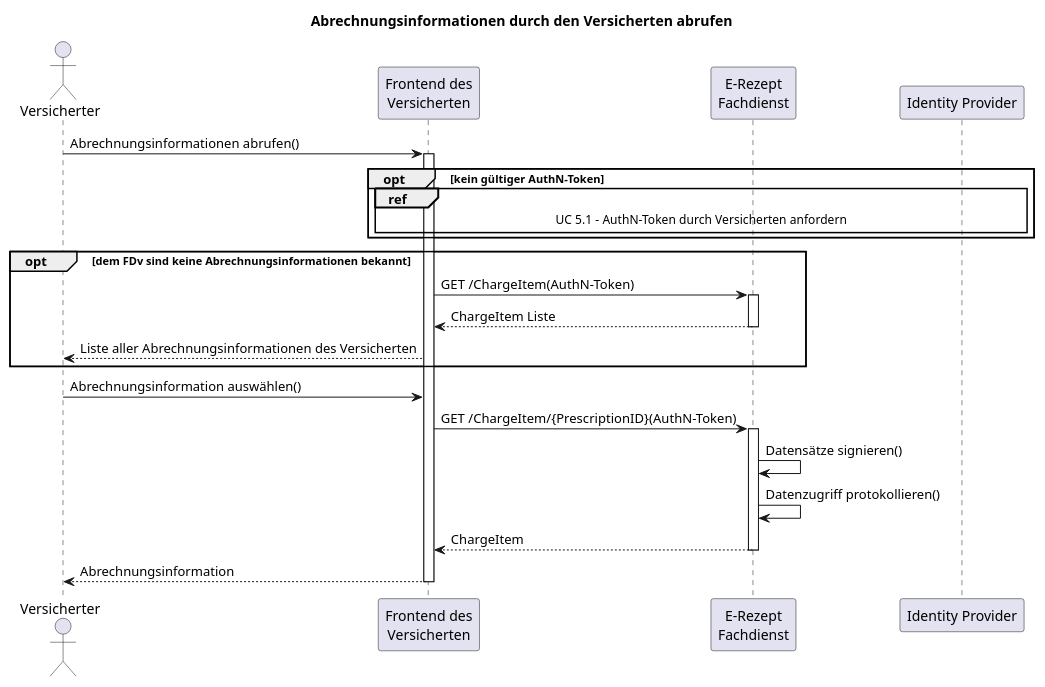
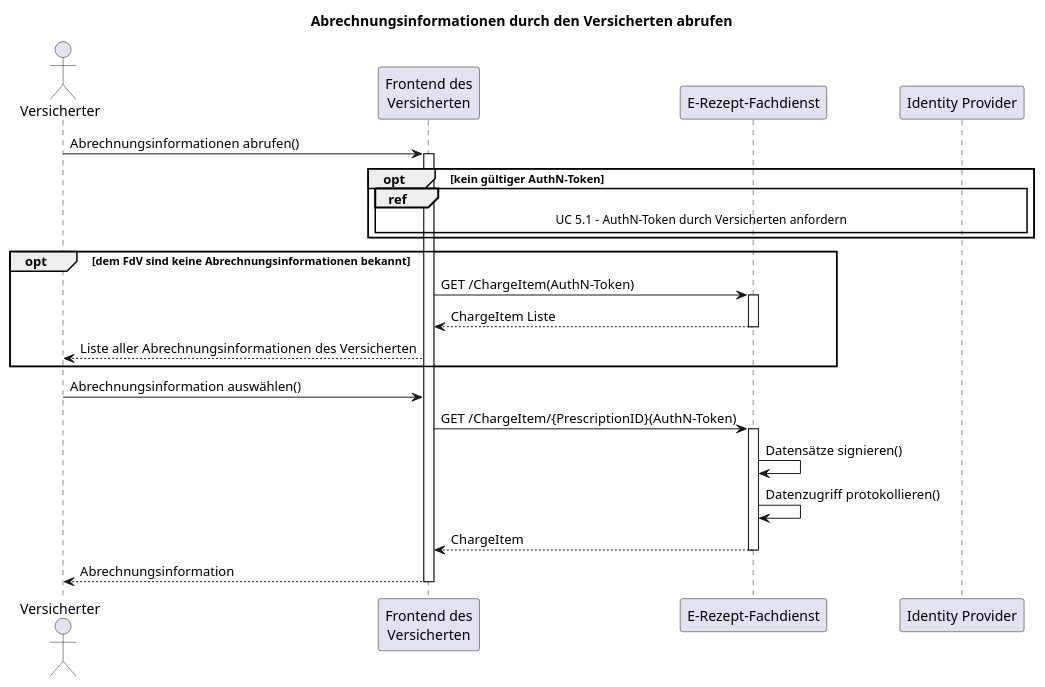
One commit to gematik/fhir-igs-workflow changed the diagram in igs/erp-chrg/input/images-source/seq-abrechnungsinformation-abrufen-versicherter.plantuml. Above: the diagram before and after it, drawn with PlantUML. The commit also changed 7 other files, not shown here.

Commit message:
seq diagramme

```diff
--- a/igs/erp-chrg/input/images-source/seq-abrechnungsinformation-abrufen-versicherter.plantuml
+++ b/igs/erp-chrg/input/images-source/seq-abrechnungsinformation-abrufen-versicherter.plantuml
@@ -1,37 +1,37 @@
 @startuml
 title Abrechnungsinformationen durch den Versicherten abrufen
 
 actor "Versicherter" as V
 participant "Frontend des\nVersicherten" as FE
-participant "E-Rezept\nFachdienst" as FD
+participant "E-Rezept-Fachdienst" as FD
 participant "Identity Provider" as IDP
 
 V -> FE: Abrechnungsinformationen abrufen()
 activate FE
 
 opt kein gültiger AuthN-Token
   ref over FE, IDP: UC 5.1 - AuthN-Token durch Versicherten anfordern
 end
 
-opt dem FDv sind keine Abrechnungsinformationen bekannt
+opt dem FdV sind keine Abrechnungsinformationen bekannt
   FE -> FD: GET /ChargeItem(AuthN-Token)
   activate FD
   FD --> FE: ChargeItem Liste
   deactivate FD
   FE --> V: Liste aller Abrechnungsinformationen des Versicherten
 end
 
 V -> FE: Abrechnungsinformation auswählen()
 FE -> FD: GET /ChargeItem/{PrescriptionID}(AuthN-Token)
 activate FD
 
 FD -> FD: Datensätze signieren()
 FD -> FD: Datenzugriff protokollieren()
 
 FD --> FE: ChargeItem
 deactivate FD
 
 FE --> V: Abrechnungsinformation
 deactivate FE
 
 @enduml
```
